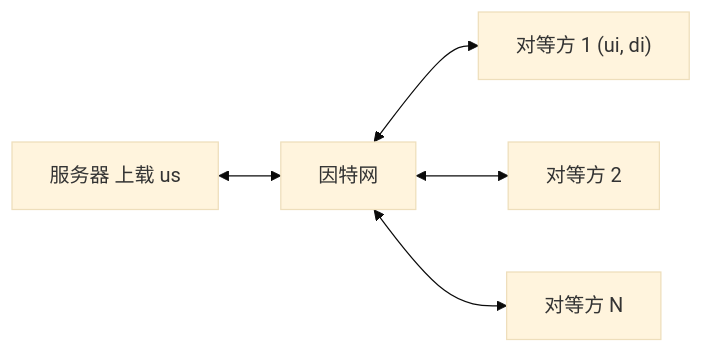
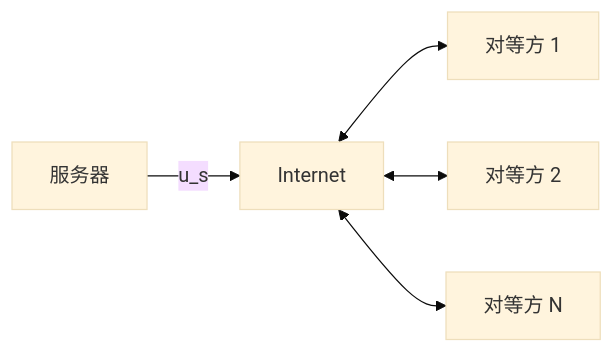
Before and after one commit to Meer-Matze/Meer-Matze.github.io: diagram 12 of 18 in src/content/posts/应用层.md, drawn with Mermaid (base theme). The commit also changed other lines of this file and 1 other file, not shown here.

````diff
--- a/src/content/posts/应用层.md
+++ b/src/content/posts/应用层.md
@@ -992,7 +947,7 @@
 ```mermaid
 graph LR
-  S["服务器 上载 us"] <--> NET["因特网"]
-  NET <--> P1["对等方 1 (ui, di)"]
+  S["服务器"] -->|u_s| NET[" Internet "]
+  NET <--> P1["对等方 1"]
   NET <--> P2["对等方 2"]
   NET <--> PN["对等方 N"]
 ```
````
